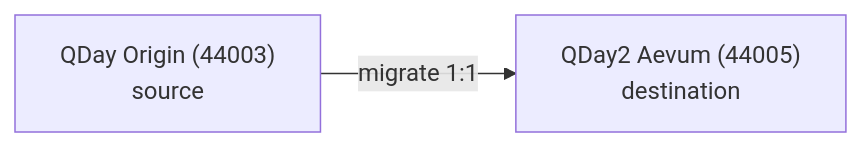
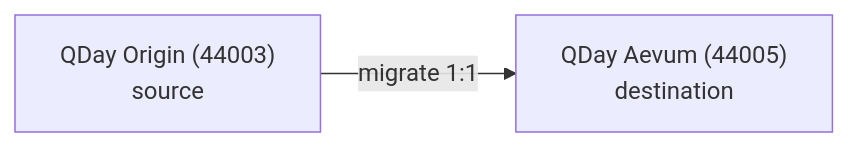
The diagram in i18n/zh-Hant/docusaurus-plugin-content-docs-knowledge/current/technical/04-developer-guide/02-network-configuration/index.md (qday-io/qday-wiki), drawn with Mermaid before and after one commit. The commit also changed other lines of this file and 119 other files, not shown here.

First line of the commit message:
docs: rename QDay2 to QDay Aevum in wallet buttons and copy

````diff
--- a/i18n/zh-Hant/docusaurus-plugin-content-docs-knowledge/current/technical/04-developer-guide/02-network-configuration/index.md
+++ b/i18n/zh-Hant/docusaurus-plugin-content-docs-knowledge/current/technical/04-developer-guide/02-network-configuration/index.md
@@ -10,4 +10,4 @@
 ```mermaid
 flowchart LR
-  QDay["QDay Origin (44003)\nsource"] -->|migrate 1:1| QDay2["QDay2 Aevum (44005)\ndestination"]
+  QDay["QDay Origin (44003)\nsource"] -->|migrate 1:1| Aevum["QDay Aevum (44005)\ndestination"]
 ```
````
